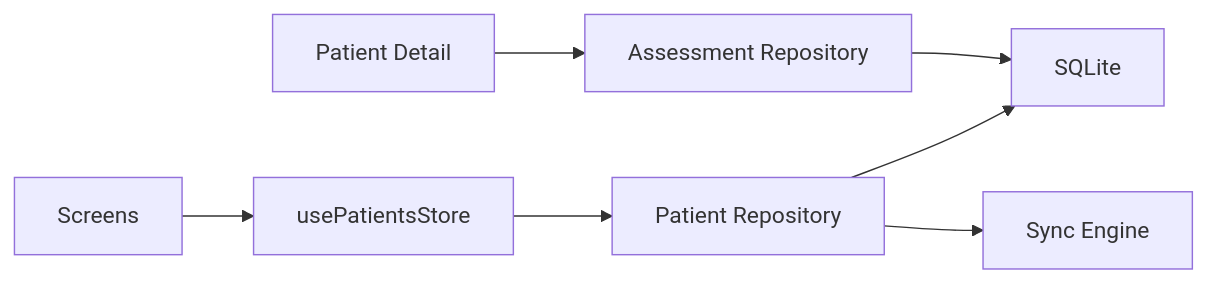
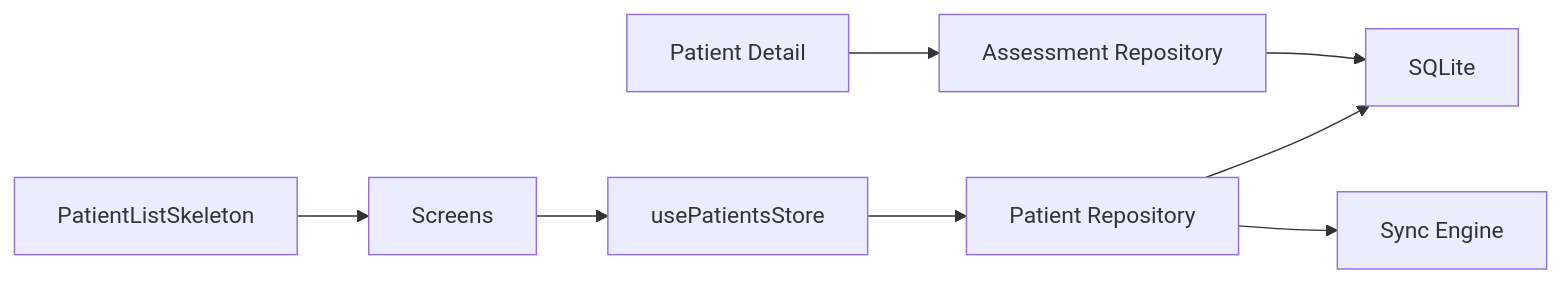
Before and after one commit to AdeelTahir-SE/DermSight: the eighth of 8 diagrams in .qoder/repowiki/en/content/Patient Management/Patient Management.md, drawn with Mermaid. The commit also changed other lines of this file and 43 other files, not shown here.

````diff
--- a/.qoder/repowiki/en/content/Patient Management/Patient Management.md
+++ b/.qoder/repowiki/en/content/Patient Management/Patient Management.md
@@ -336,9 +408,10 @@
 ```mermaid
 graph LR
 UI["Screens"] --> Store["usePatientsStore"]
 Store --> Repo["Patient Repository"]
 Repo --> DB["SQLite"]
 Repo --> Sync["Sync Engine"]
 Detail["Patient Detail"] --> AssRepo["Assessment Repository"]
 AssRepo --> DB
+Skeleton["PatientListSkeleton"] --> UI
 ```
````
